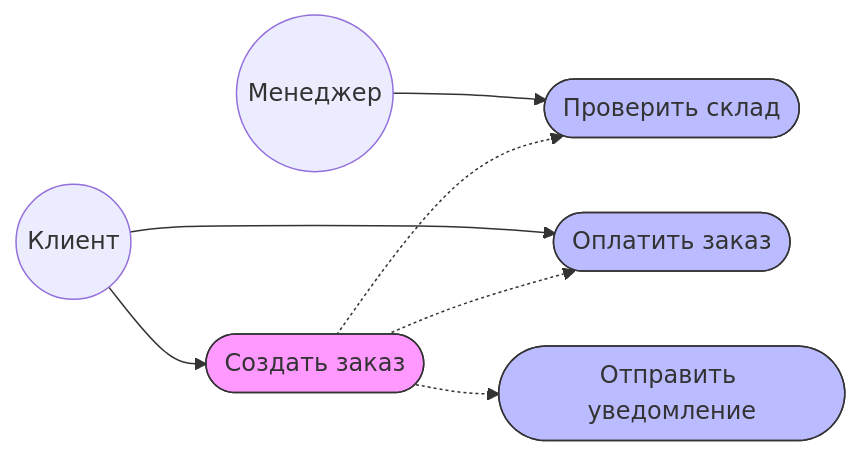
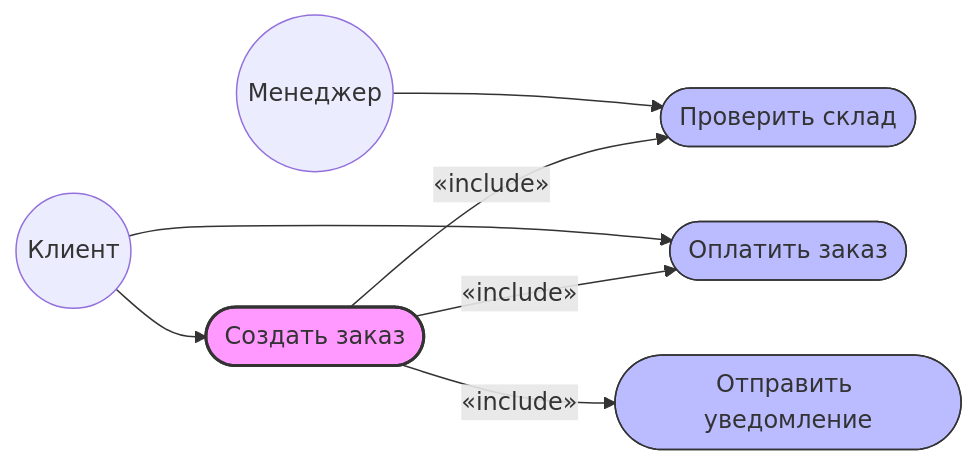
One commit to nikitaOsipof/TP changed the second of 6 diagrams in README.md. Above: the diagram before and after it, drawn with Mermaid. The commit also changed other lines of this file, not shown here.

````diff
--- a/README.md
+++ b/README.md
@@ -41,23 +45,23 @@
 ```mermaid
 flowchart LR
     User((Клиент))
     Manager((Менеджер))
 
     UC1([Создать заказ])
     UC2([Проверить склад])
     UC3([Оплатить заказ])
     UC4([Отправить уведомление])
 
     User --> UC1
     User --> UC3
     Manager --> UC2
 
-    UC1 -.-> UC2
-    UC1 -.-> UC3
-    UC1 -.-> UC4
+    UC1 -->|«include»| UC2
+    UC1 -->|«include»| UC3
+    UC1 -->|«include»| UC4
 
-    style UC1 fill:#f9f,stroke:#333
-    style UC2 fill:#bbf,stroke:#333
-    style UC3 fill:#bbf,stroke:#333
-    style UC4 fill:#bbf,stroke:#333
+    style UC1 fill:#f9f,stroke:#333,stroke-width:2px
+    style UC2 fill:#bbf,stroke:#333,stroke-width:1px
+    style UC3 fill:#bbf,stroke:#333,stroke-width:1px
+    style UC4 fill:#bbf,stroke:#333,stroke-width:1px
 ```
````
